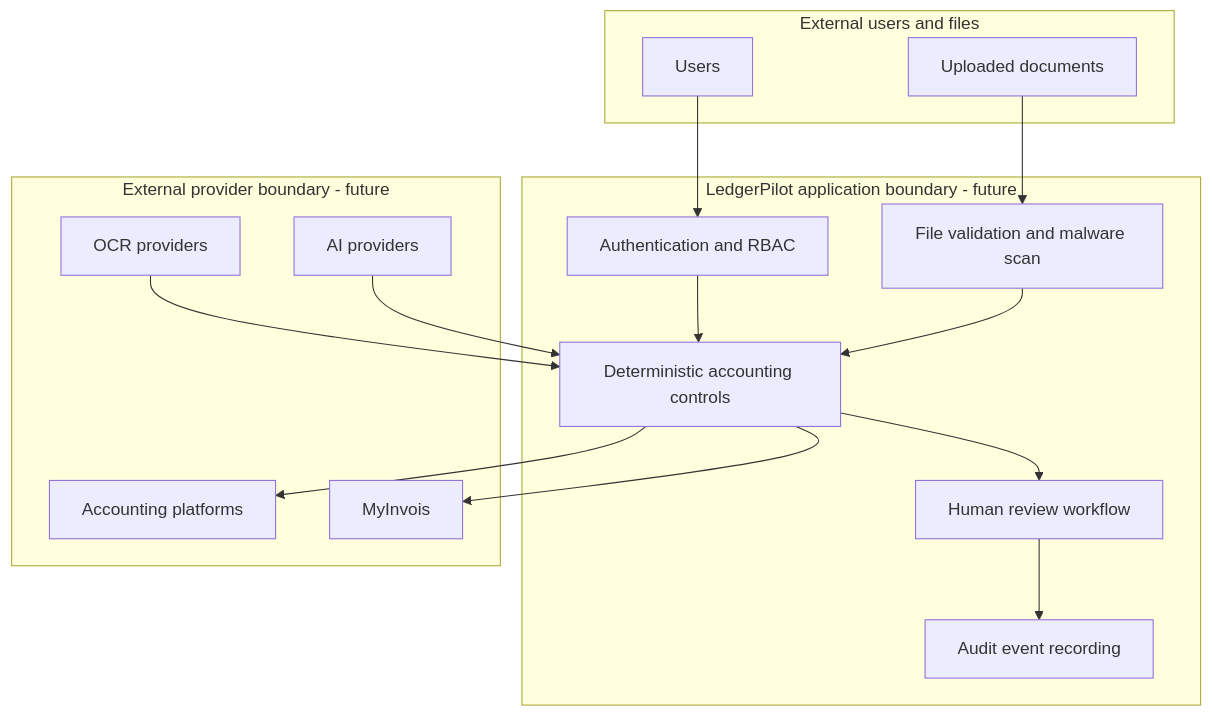
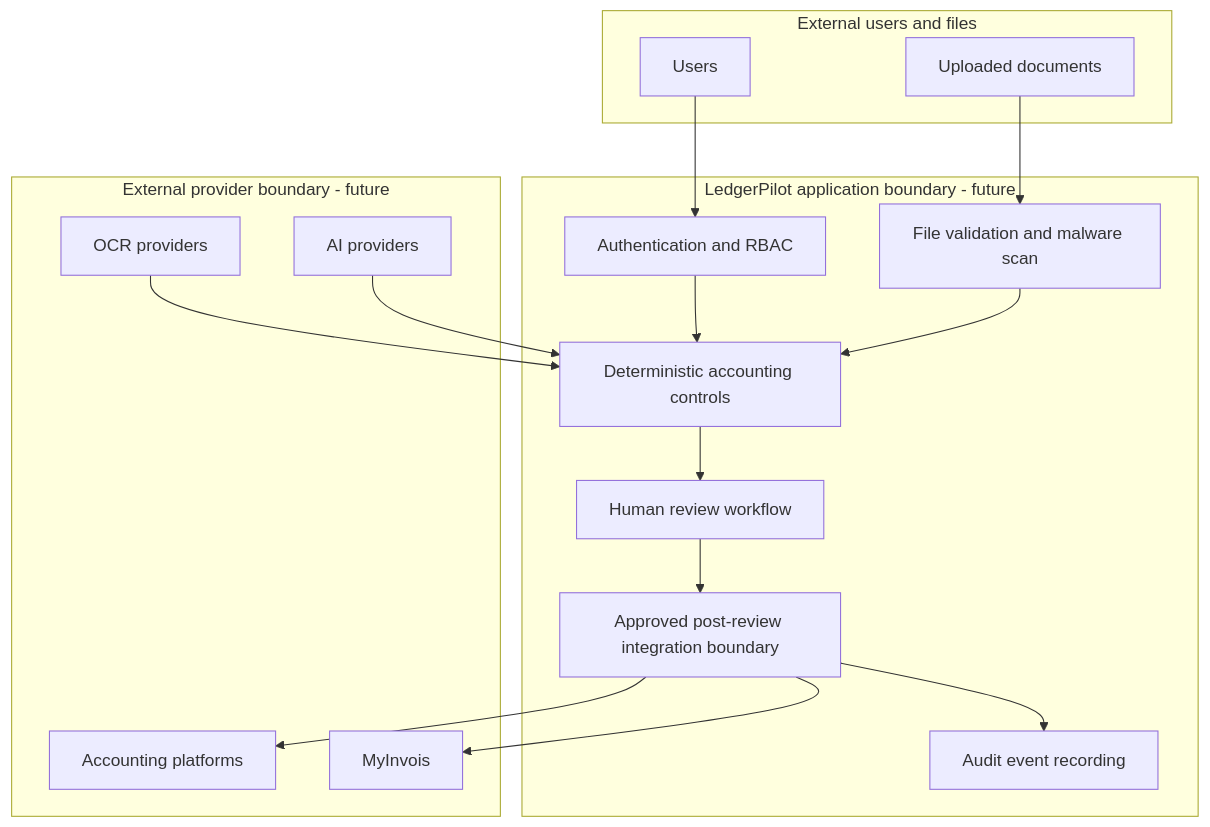
Before and after one commit to Linardi1328/ledgerpilot-ai: the second of 2 diagrams in docs/ARCHITECTURE.md, drawn with Mermaid. The commit also changed other lines of this file and 2 other files, not shown here.

Commit message:
docs: address Phase 0 review blockers

````diff
--- a/docs/ARCHITECTURE.md
+++ b/docs/ARCHITECTURE.md
@@ -79,30 +79,32 @@
 ```mermaid
 flowchart TB
     subgraph Public["External users and files"]
         U[Users]
         F[Uploaded documents]
     end
     subgraph App["LedgerPilot application boundary - future"]
         Auth[Authentication and RBAC]
         Val[File validation and malware scan]
         Core[Deterministic accounting controls]
         Review[Human review workflow]
+        Approved[Approved post-review integration boundary]
         Audit[Audit event recording]
     end
     subgraph Providers["External provider boundary - future"]
         OCR[OCR providers]
         AI[AI providers]
         SQL[Accounting platforms]
         MY[MyInvois]
     end
     U --> Auth
     F --> Val
     Auth --> Core
     Val --> Core
     OCR --> Core
     AI --> Core
     Core --> Review
-    Review --> Audit
-    Core --> SQL
-    Core --> MY
+    Review --> Approved
+    Approved --> Audit
+    Approved --> SQL
+    Approved --> MY
 ```
````
